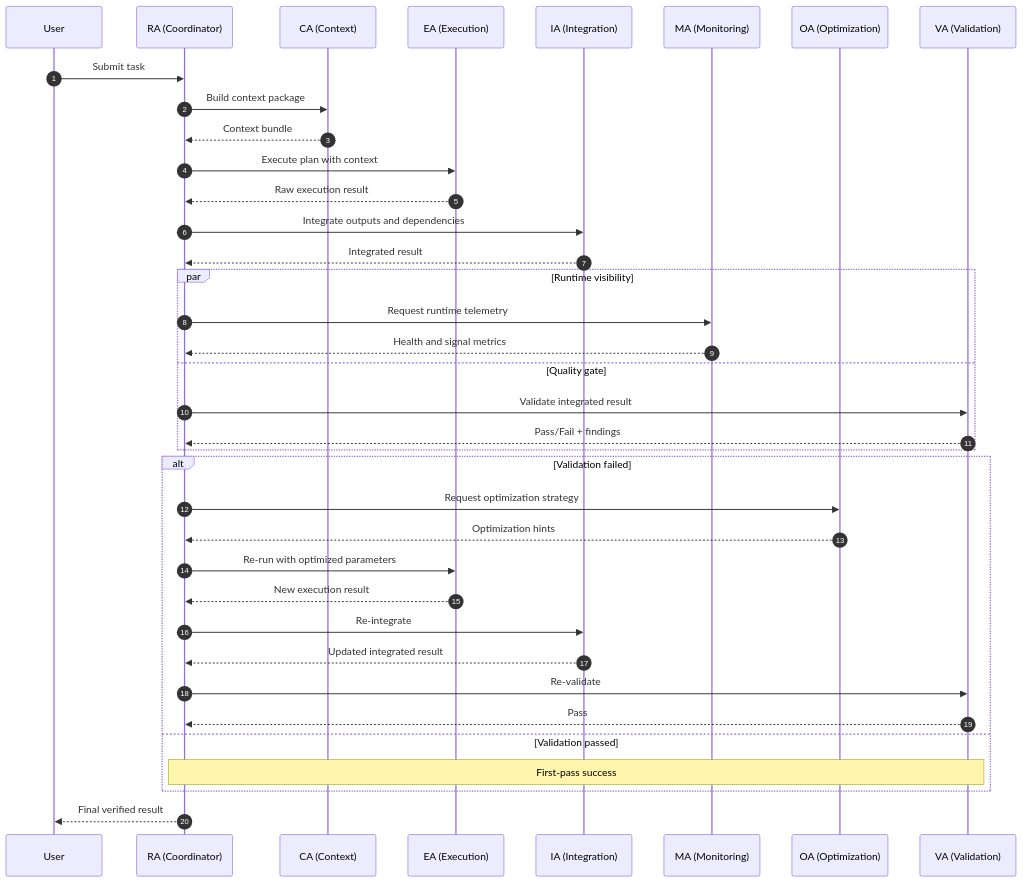
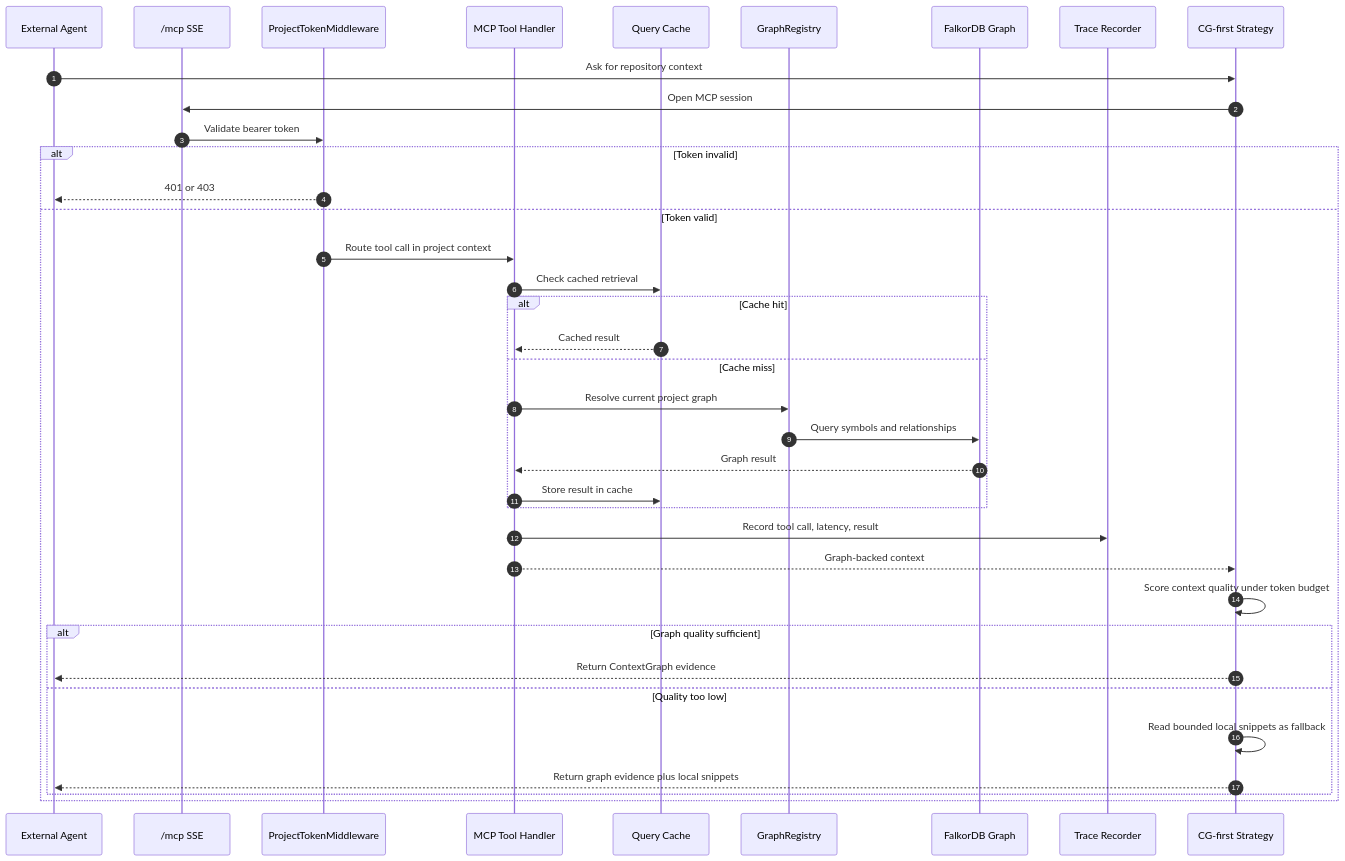
One commit to AustinZ21/Graphex changed the diagram in .adc/knowledge/diagrams/agent-lifecycle-sequence.mmd. Above: the diagram before and after it, drawn with Mermaid. The commit also changed 10 other files, not shown here.

Commit message:
docs: refresh ContextGraph diagrams and benchmarks

```diff
--- a/.adc/knowledge/diagrams/agent-lifecycle-sequence.mmd
+++ b/.adc/knowledge/diagrams/agent-lifecycle-sequence.mmd
@@ -1,43 +1,39 @@
 sequenceDiagram
     autonumber
-    participant U as User
-    participant RA as RA (Coordinator)
-    participant CA as CA (Context)
-    participant EA as EA (Execution)
-    participant IA as IA (Integration)
-    participant MA as MA (Monitoring)
-    participant OA as OA (Optimization)
-    participant VA as VA (Validation)
+    participant A as External Agent
+    participant SSE as /mcp SSE
+    participant MW as ProjectTokenMiddleware
+    participant M as MCP Tool Handler
+    participant C as Query Cache
+    participant R as GraphRegistry
+    participant G as FalkorDB Graph
+    participant T as Trace Recorder
+    participant S as CG-first Strategy
 
-    U->>RA: Submit task
-    RA->>CA: Build context package
-    CA-->>RA: Context bundle
+    A->>S: Ask for repository context
+    S->>SSE: Open MCP session
+    SSE->>MW: Validate bearer token
 
-    RA->>EA: Execute plan with context
-    EA-->>RA: Raw execution result
-
-    RA->>IA: Integrate outputs and dependencies
-    IA-->>RA: Integrated result
-
-    par Runtime visibility
-        RA->>MA: Request runtime telemetry
-        MA-->>RA: Health and signal metrics
-    and Quality gate
-        RA->>VA: Validate integrated result
-        VA-->>RA: Pass/Fail + findings
+    alt Token invalid
+        MW-->>A: 401 or 403
+    else Token valid
+        MW->>M: Route tool call in project context
+        M->>C: Check cached retrieval
+        alt Cache hit
+            C-->>M: Cached result
+        else Cache miss
+            M->>R: Resolve current project graph
+            R->>G: Query symbols and relationships
+            G-->>M: Graph result
+            M->>C: Store result in cache
+        end
+        M->>T: Record tool call, latency, result
+        M-->>S: Graph-backed context
+        S->>S: Score context quality under token budget
+        alt Graph quality sufficient
+            S-->>A: Return ContextGraph evidence
+        else Quality too low
+            S->>S: Read bounded local snippets as fallback
+            S-->>A: Return graph evidence plus local snippets
+        end
     end
-
-    alt Validation failed
-        RA->>OA: Request optimization strategy
-        OA-->>RA: Optimization hints
-        RA->>EA: Re-run with optimized parameters
-        EA-->>RA: New execution result
-        RA->>IA: Re-integrate
-        IA-->>RA: Updated integrated result
-        RA->>VA: Re-validate
-        VA-->>RA: Pass
-    else Validation passed
-        Note over RA,VA: First-pass success
-    end
-
-    RA-->>U: Final verified result
```
